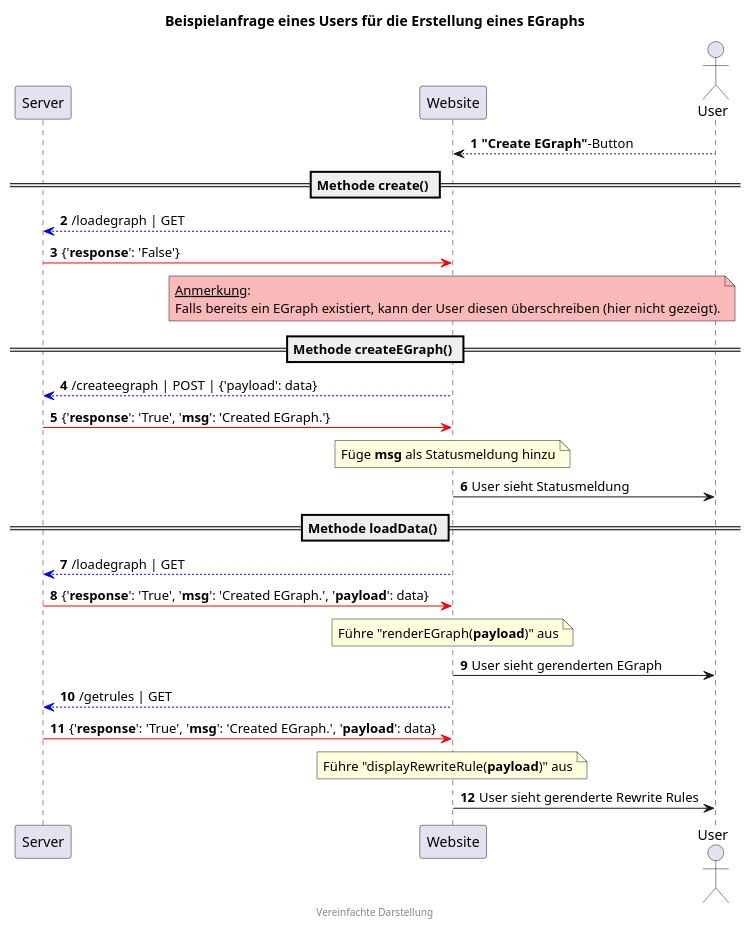
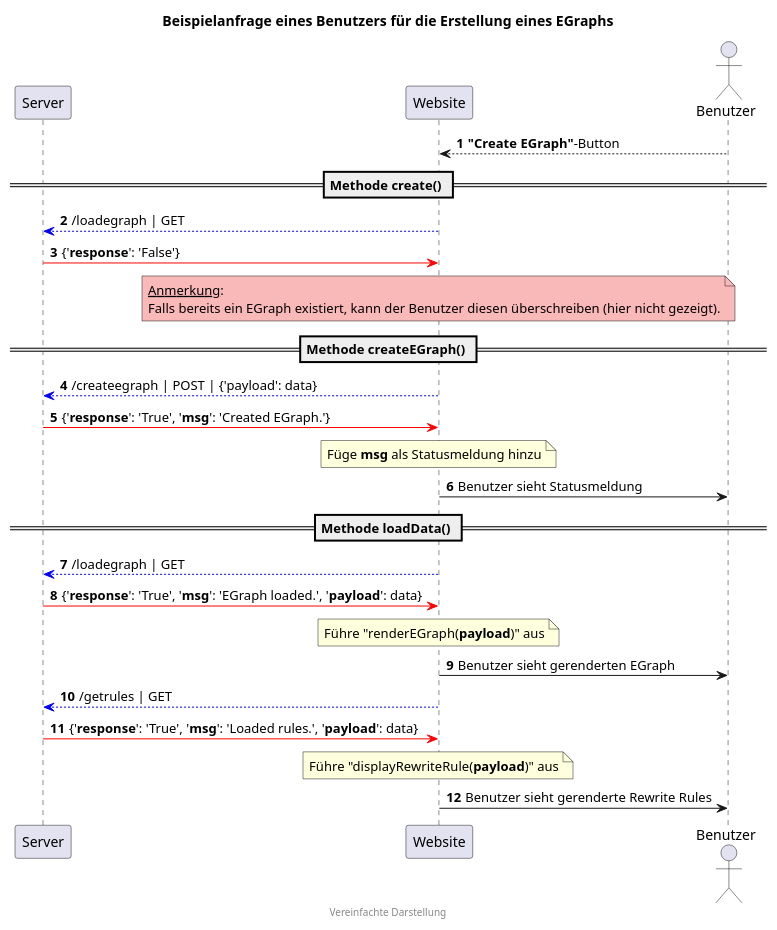
One commit to BenSt099/Bachelorarbeit-EGraphs changed the diagram in ba/fig/query-ablauf.puml. Above: the diagram before and after it, drawn with PlantUML. The commit also changed 6 other files, not shown here.

```diff
--- a/ba/fig/query-ablauf.puml
+++ b/ba/fig/query-ablauf.puml
@@ -1,50 +1,50 @@
 @startuml query
 
 footer Vereinfachte Darstellung
 
-title Beispielanfrage eines Users für die Erstellung eines EGraphs
+title Beispielanfrage eines Benutzers für die Erstellung eines EGraphs
 
 participant Server
 participant Website
-actor User
+actor Benutzer
 autonumber
 
-Website<--User: **"Create EGraph"**-Button
+Website<--Benutzer: **"Create EGraph"**-Button
 
 == Methode create() ==
 
 Server<-[#0000FF]-Website: /loadegraph | GET
 
 Server-[#red]>Website: {'**response**': 'False'}
 
 note over Website #fab9b9
 __Anmerkung__:
-Falls bereits ein EGraph existiert, kann der User diesen überschreiben (hier nicht gezeigt).
+Falls bereits ein EGraph existiert, kann der Benutzer diesen überschreiben (hier nicht gezeigt).
 end note
 
 == Methode createEGraph() ==
 
 Server<-[#0000FF]-Website: /createegraph | POST | {'payload': data}
 
 Server-[#red]>Website: {'**response**': 'True', '**msg**': 'Created EGraph.'}
 
 note over Website: Füge **msg** als Statusmeldung hinzu
-Website->User: User sieht Statusmeldung
+Website->Benutzer: Benutzer sieht Statusmeldung
 
 == Methode loadData() ==
 
 Server<-[#0000FF]-Website: /loadegraph | GET
 
-Server-[#red]>Website: {'**response**': 'True', '**msg**': 'Created EGraph.', '**payload**': data}
+Server-[#red]>Website: {'**response**': 'True', '**msg**': 'EGraph loaded.', '**payload**': data}
 
 note over Website: Führe "renderEGraph(**payload**)" aus
-Website->User: User sieht gerenderten EGraph
+Website->Benutzer: Benutzer sieht gerenderten EGraph
 
 Server<-[#0000FF]-Website: /getrules | GET
 
-Server-[#red]>Website: {'**response**': 'True', '**msg**': 'Created EGraph.', '**payload**': data}
+Server-[#red]>Website: {'**response**': 'True', '**msg**': 'Loaded rules.', '**payload**': data}
 
 note over Website: Führe "displayRewriteRule(**payload**)" aus
-Website->User: User sieht gerenderte Rewrite Rules
+Website->Benutzer: Benutzer sieht gerenderte Rewrite Rules
 
 @enduml
```
